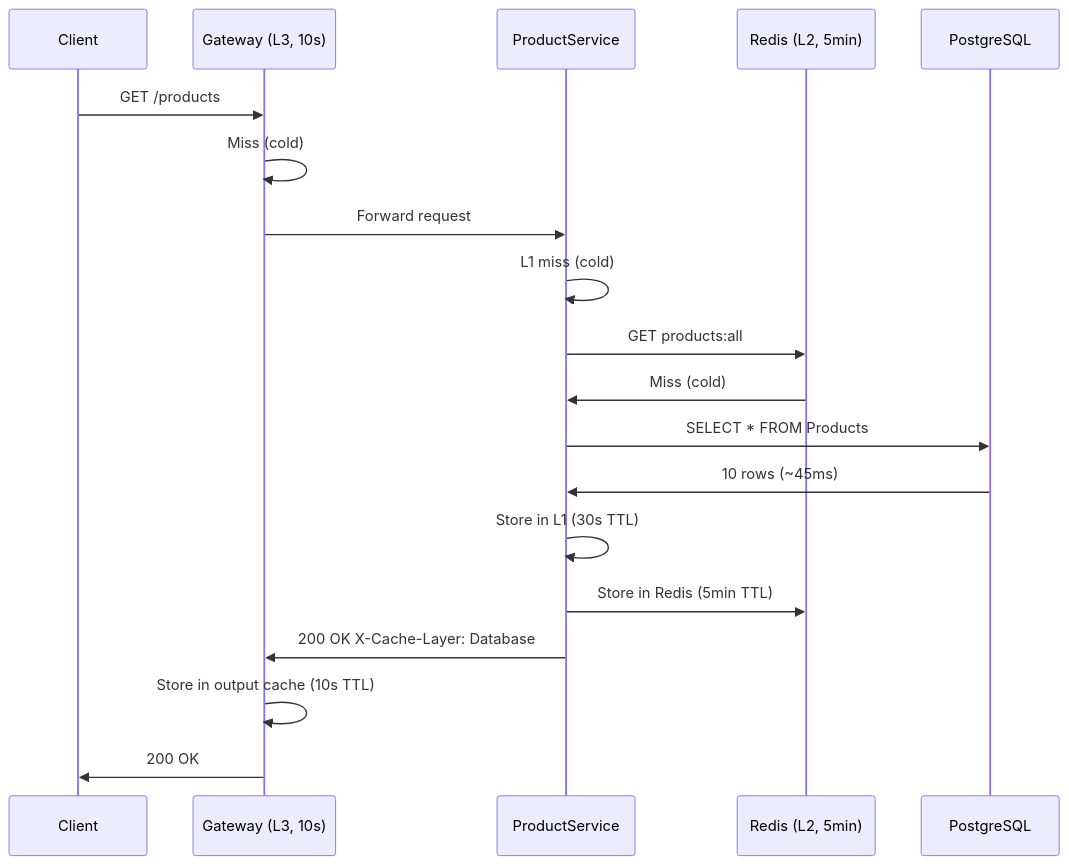
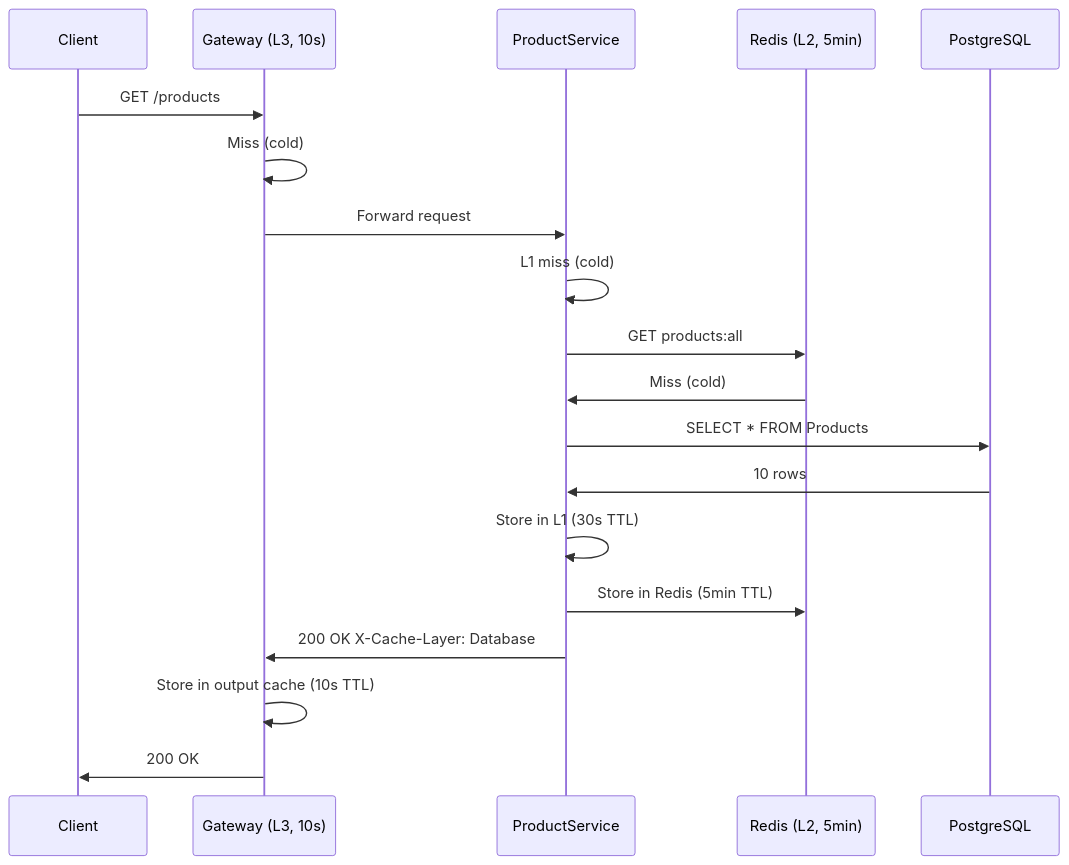
Before and after one commit to RuneKrogh/system-integration-caching: the first of 5 diagrams in docs/cache-flow.md, drawn with Mermaid. The commit also changed other lines of this file, not shown here.

Commit message:
docs: remove latency estimates from cache flow diagrams.

````diff
--- a/docs/cache-flow.md
+++ b/docs/cache-flow.md
@@ -11,22 +11,22 @@
 ```mermaid
 sequenceDiagram
     participant C as Client
     participant G as Gateway (L3, 10s)
     participant P as ProductService
     participant R as Redis (L2, 5min)
     participant DB as PostgreSQL
 
     C->>G: GET /products
     G->>G: Miss (cold)
     G->>P: Forward request
     P->>P: L1 miss (cold)
     P->>R: GET products:all
     R->>P: Miss (cold)
     P->>DB: SELECT * FROM Products
-    DB->>P: 10 rows (~45ms)
+    DB->>P: 10 rows
     P->>P: Store in L1 (30s TTL)
     P->>R: Store in Redis (5min TTL)
     P->>G: 200 OK  X-Cache-Layer: Database
     G->>G: Store in output cache (10s TTL)
     G->>C: 200 OK
 ```
````
